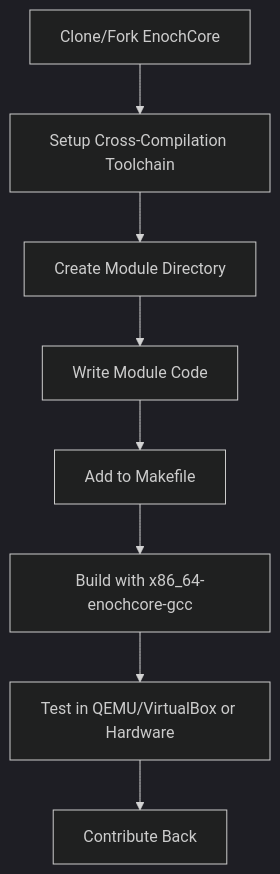
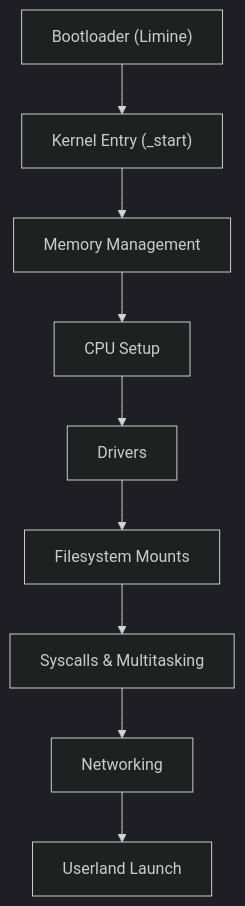
The first of 2 diagrams in README.md (MelvinSGjr/EnochCore), drawn with Mermaid (dark theme) before and after one commit. The commit also changed other lines of this file, not shown here.

````diff
--- a/README.md
+++ b/README.md
@@ -218,10 +52,11 @@
 ```mermaid
-graph TD
-    A[Clone/Fork EnochCore] --> B[Setup Cross-Compilation Toolchain]
-    B --> C[Create Module Directory]
-    C --> D[Write Module Code]
-    D --> E[Add to Makefile]
-    E --> F[Build with x86_64-enochcore-gcc]
-    F --> G[Test in QEMU/VirtualBox or Hardware]
-    G --> H[Contribute Back]
+flowchart TD
+    A["Bootloader (Limine)"] --> B["Kernel Entry (_start)"]
+    B --> C["Memory Management"]
+    C --> D["CPU Setup"]
+    D --> E["Drivers"]
+    E --> F["Filesystem Mounts"]
+    F --> G["Syscalls & Multitasking"]
+    G --> H["Networking"]
+    H --> I["Userland Launch"]
 ```
````
